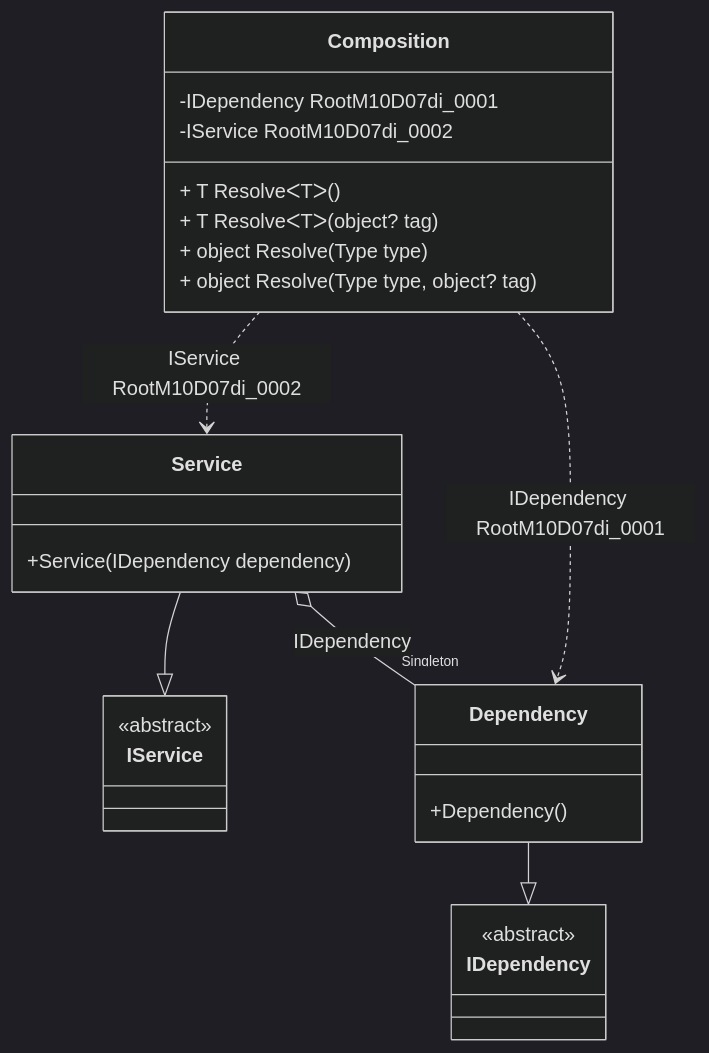
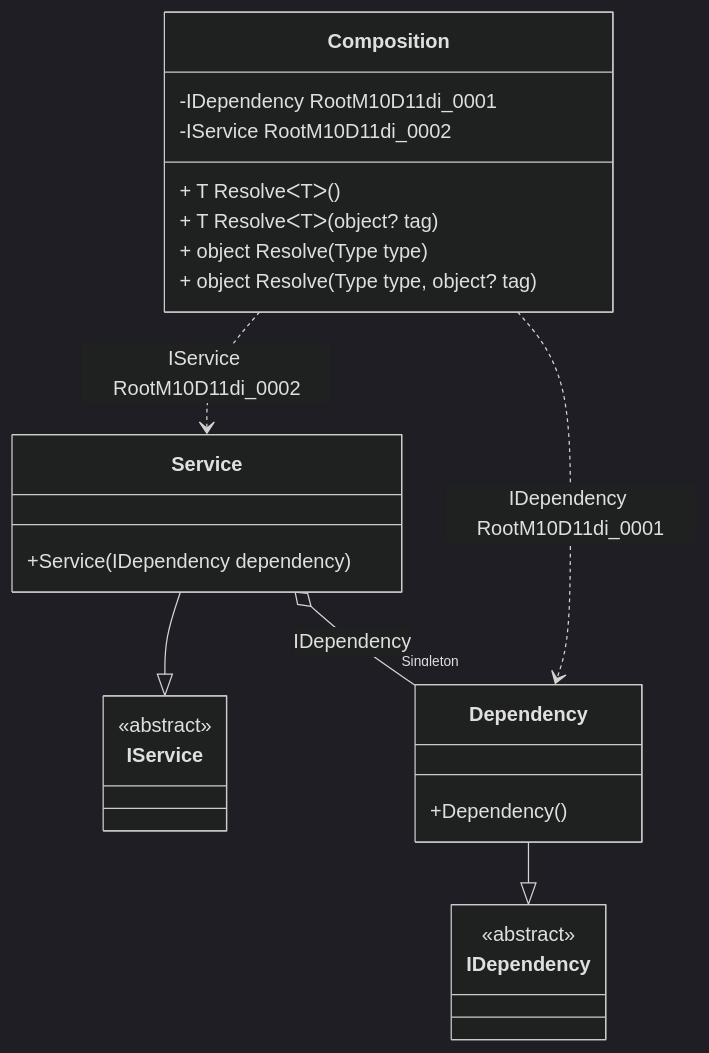
One commit to DevTeam/Pure.DI changed the diagram in readme/service-collection.md. Above: the diagram before and after it, drawn with Mermaid (dark theme). The commit also changed other lines of this file and 59 other files, not shown here.

````diff
--- a/readme/service-collection.md
+++ b/readme/service-collection.md
@@ -74,28 +74,28 @@
 ```mermaid
 classDiagram
   class Composition {
-    -IDependency RootM10D07di_0001
-    -IService RootM10D07di_0002
+    -IDependency RootM10D11di_0001
+    -IService RootM10D11di_0002
     + T ResolveᐸTᐳ()
     + T ResolveᐸTᐳ(object? tag)
     + object Resolve(Type type)
     + object Resolve(Type type, object? tag)
   }
   Service --|> IService : 
   class Service {
     +Service(IDependency dependency)
   }
   Dependency --|> IDependency : 
   class Dependency {
     +Dependency()
   }
   class IService {
     <<abstract>>
   }
   class IDependency {
     <<abstract>>
   }
   Service o--  "Singleton" Dependency : IDependency
-  Composition ..> Dependency : IDependency RootM10D07di_0001
-  Composition ..> Service : IService RootM10D07di_0002
+  Composition ..> Dependency : IDependency RootM10D11di_0001
+  Composition ..> Service : IService RootM10D11di_0002
 ```
````
